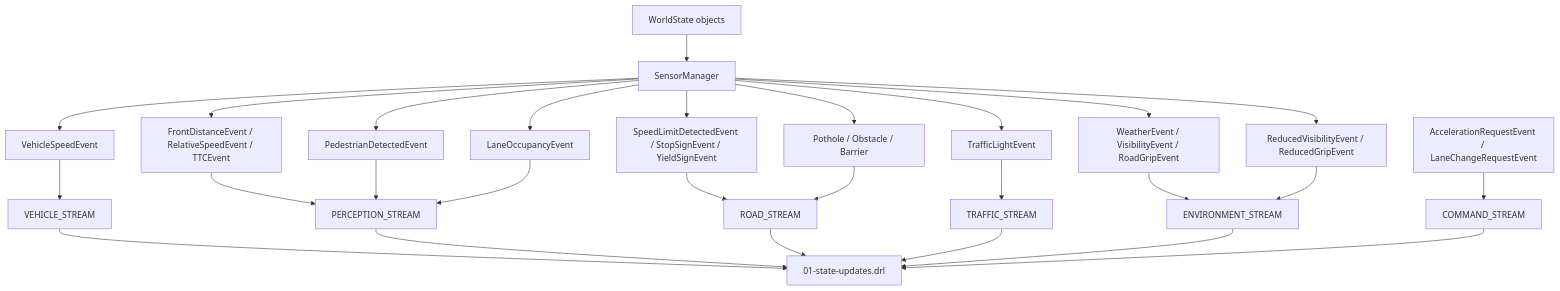
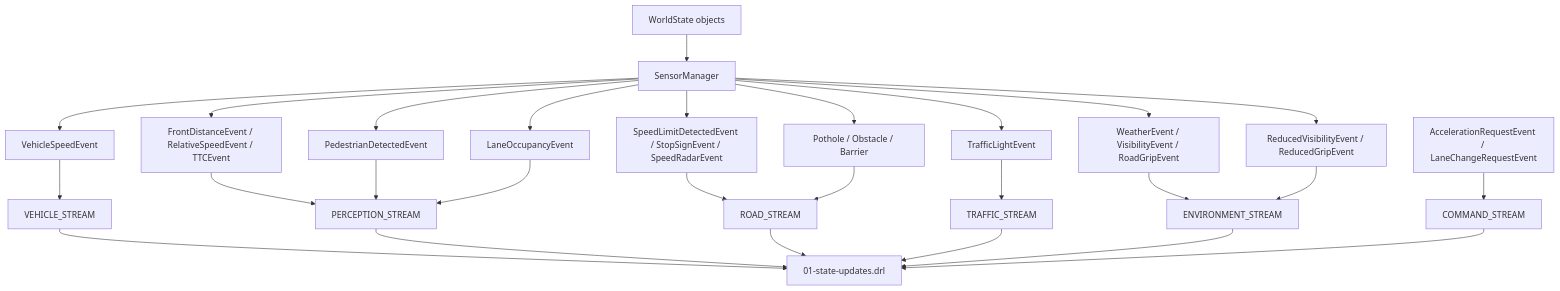
Before and after one commit to 1-2Drive/projeto-1: the diagram in diagrams/02-rule-stream-routing.md, drawn with Mermaid. The commit also changed 64 other files, not shown here.

````diff
--- a/diagrams/02-rule-stream-routing.md
+++ b/diagrams/02-rule-stream-routing.md
@@ -1,35 +1,35 @@
 ```mermaid
 flowchart TD
     WORLD[WorldState objects] --> SENSORS[SensorManager]
     SENSORS --> SPEED
     SENSORS --> FRONT
     SENSORS --> PEDESTRIAN
     SENSORS --> LANE_OCC
     SENSORS --> SIGNS
     SENSORS --> HAZARDS
     SENSORS --> TL
     SENSORS --> WEATHER
     SENSORS --> LOW_ENV
 
     SPEED[VehicleSpeedEvent] --> VEHICLE_STREAM
     FRONT[FrontDistanceEvent / RelativeSpeedEvent / TTCEvent] --> PERCEPTION_STREAM
     PEDESTRIAN[PedestrianDetectedEvent] --> PERCEPTION_STREAM
     LANE_OCC[LaneOccupancyEvent] --> PERCEPTION_STREAM
 
-    SIGNS[SpeedLimitDetectedEvent / StopSignEvent / YieldSignEvent] --> ROAD_STREAM
+    SIGNS[SpeedLimitDetectedEvent / StopSignEvent / SpeedRadarEvent] --> ROAD_STREAM
     HAZARDS[Pothole / Obstacle / Barrier] --> ROAD_STREAM
 
     TL[TrafficLightEvent] --> TRAFFIC_STREAM
 
     WEATHER[WeatherEvent / VisibilityEvent / RoadGripEvent] --> ENV_STREAM[ENVIRONMENT_STREAM]
     LOW_ENV[ReducedVisibilityEvent / ReducedGripEvent] --> ENV_STREAM
 
     CMD[AccelerationRequestEvent / LaneChangeRequestEvent] --> CMD_STREAM[COMMAND_STREAM]
 
     VEHICLE_STREAM --> UPDATES[01-state-updates.drl]
     PERCEPTION_STREAM --> UPDATES
     ROAD_STREAM --> UPDATES
     TRAFFIC_STREAM --> UPDATES
     ENV_STREAM --> UPDATES
     CMD_STREAM --> UPDATES
 ```
````
